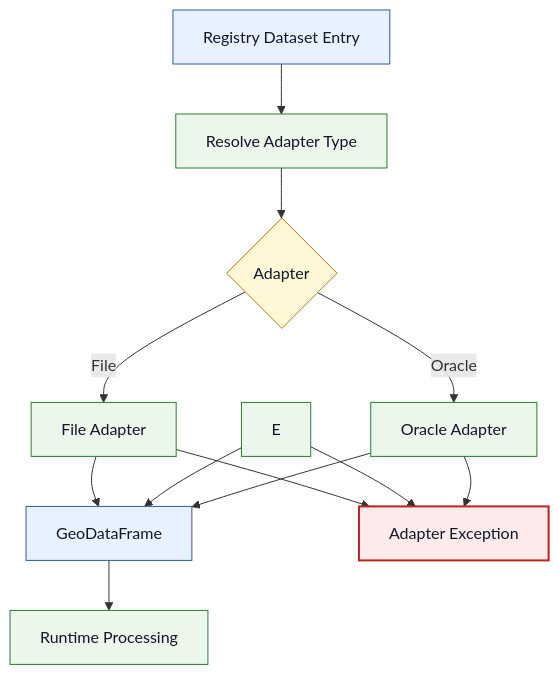
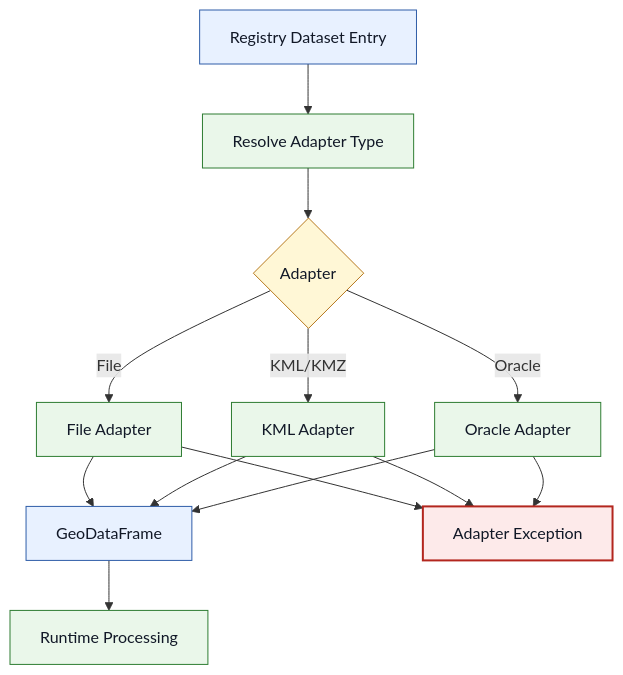
One commit to bcgov/automated-statusing-tool changed the fourth of 6 diagrams in ast_engine/README.md. Above: the diagram before and after it, drawn with Mermaid. The commit also changed other lines of this file, not shown here.

````diff
--- a/ast_engine/README.md
+++ b/ast_engine/README.md
@@ -360,27 +347,28 @@
 ```mermaid
 flowchart TD
     A[Registry Dataset Entry] --> B[Resolve Adapter Type]
     B --> C{Adapter}
     C -->|File| D[File Adapter]
+    C -->|KML/KMZ| E[KML Adapter]
     C -->|Oracle| F[Oracle Adapter]
 
     D --> G[GeoDataFrame]
     E --> G
     F --> G
 
     G --> H[Runtime Processing]
 
     D --> X[Adapter Exception]
     E --> X
     F --> X
 
     class A,G objectNode
     class B,D,E,F,H processNode
     class C validationNode
     class X errorNode
 
     classDef objectNode fill:#E8F1FF,stroke:#2F5DA8,stroke-width:1px,color:#111827
     classDef processNode fill:#EAF7EA,stroke:#2E7D32,stroke-width:1px,color:#111827
     classDef validationNode fill:#FFF7D6,stroke:#B7791F,stroke-width:1px,color:#111827
     classDef errorNode fill:#FDEAEA,stroke:#B3261E,stroke-width:2px,color:#111827
 ```
````
